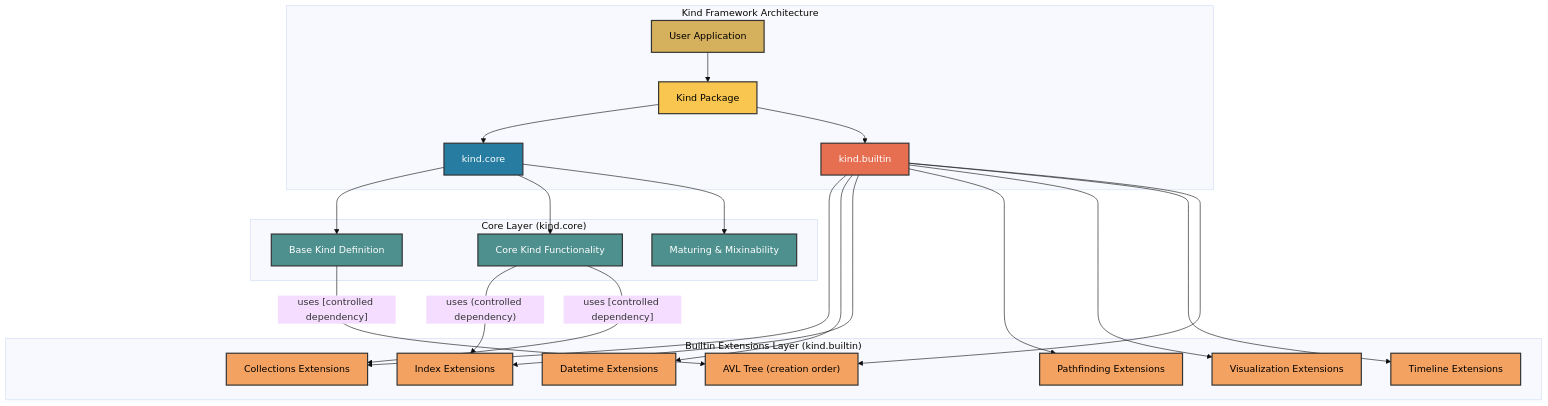
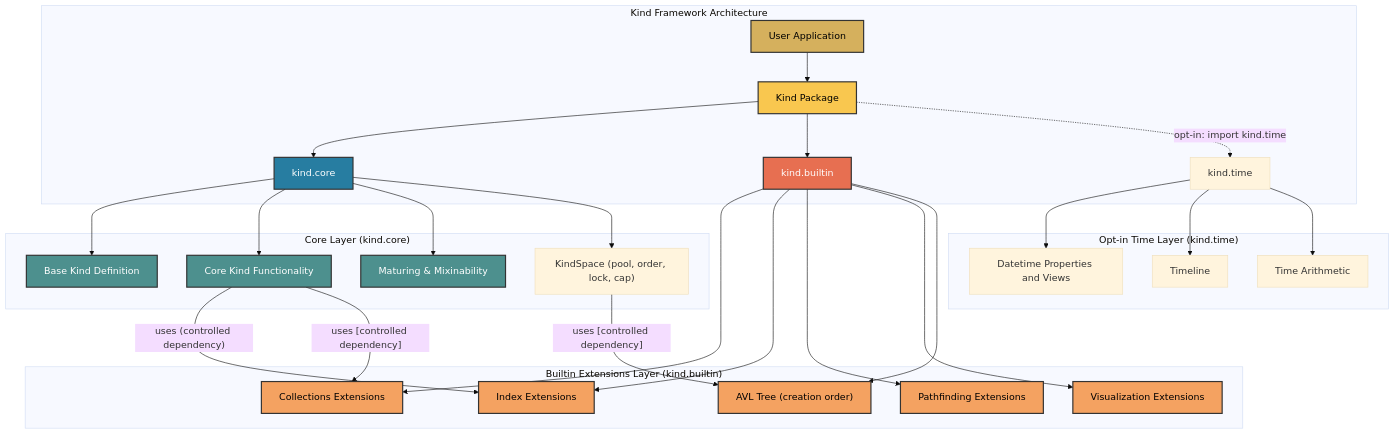
The diagram in docs/topics/3_layered_architecture/layered_architecture_tb.mmd (ikko/kind), drawn with Mermaid (base theme) before and after one commit. The commit also changed 78 other files, not shown here.

First line of the commit message:
v0.2.0: KindSpace makes the global state explicit; time is opt-in; scheduling is its own package

```diff
--- a/docs/topics/3_layered_architecture/layered_architecture_tb.mmd
+++ b/docs/topics/3_layered_architecture/layered_architecture_tb.mmd
@@ -1,46 +1,50 @@
 graph TB
     subgraph "Kind Framework Architecture"
         A[User Application] --> B[Kind Package];
         B --> C[kind.core];
         B --> D[kind.builtin];
+        B -. "opt-in: import kind.time" .-> T[kind.time];
     end
 
     subgraph "Core Layer #40;kind.core#41;"
         C --> C1[Base Kind Definition];
         C --> C2[Core Kind Functionality];
         C --> C3[Maturing & Mixinability];
+        C --> C4[KindSpace #40;pool, order, lock, cap#41;];
     end
 
     subgraph "Builtin Extensions Layer #40;kind.builtin#41;"
         D --> D1[Collections Extensions];
-        D --> D2[Datetime Extensions];
         D --> D3[Index Extensions];
         D --> D4[Pathfinding Extensions];
         D --> D5[Visualization Extensions];
-        D --> D6[Timeline Extensions];
         D --> D7[AVL Tree #40;creation order#41;];
+    end
+
+    subgraph "Opt-in Time Layer #40;kind.time#41;"
+        T --> T1[Datetime Properties and Views];
+        T --> T2[Timeline];
+        T --> T3[Time Arithmetic];
     end
 
     C2 -- "uses #40;controlled dependency#41;" --> D3;
     C2 -- "uses [controlled dependency]" --> D1;
-    C1 -- "uses [controlled dependency]" --> D7;
+    C4 -- "uses [controlled dependency]" --> D7;
 
     %% Framework architecture styles
     style A fill:#d5b05d,stroke:#333,stroke-width:2px,color:#000000;
     style B fill:#f9c74f,stroke:#333,stroke-width:2px,color:#000000;
 
     %% Core layer styles - using blue tones
     style C fill:#277da1,stroke:#333,stroke-width:2px,color:#ffffff;
     style C1 fill:#4d908e,stroke:#333,stroke-width:2px,color:#ffffff;
     style C2 fill:#4d908e,stroke:#333,stroke-width:2px,color:#ffffff;
     style C3 fill:#4d908e,stroke:#333,stroke-width:2px,color:#ffffff;
 
     %% Builtin extensions styles - using orange-ish darker tones
     style D fill:#e76f51,stroke:#333,stroke-width:2px,color:#ffffff;
     style D1 fill:#f4a261,stroke:#333,stroke-width:2px,color:#000000;
-    style D2 fill:#f4a261,stroke:#333,stroke-width:2px,color:#000000;
     style D3 fill:#f4a261,stroke:#333,stroke-width:2px,color:#000000;
     style D4 fill:#f4a261,stroke:#333,stroke-width:2px,color:#000000;
     style D5 fill:#f4a261,stroke:#333,stroke-width:2px,color:#000000;
-    style D6 fill:#f4a261,stroke:#333,stroke-width:2px,color:#000000;
     style D7 fill:#f4a261,stroke:#333,stroke-width:2px,color:#000000;
```
